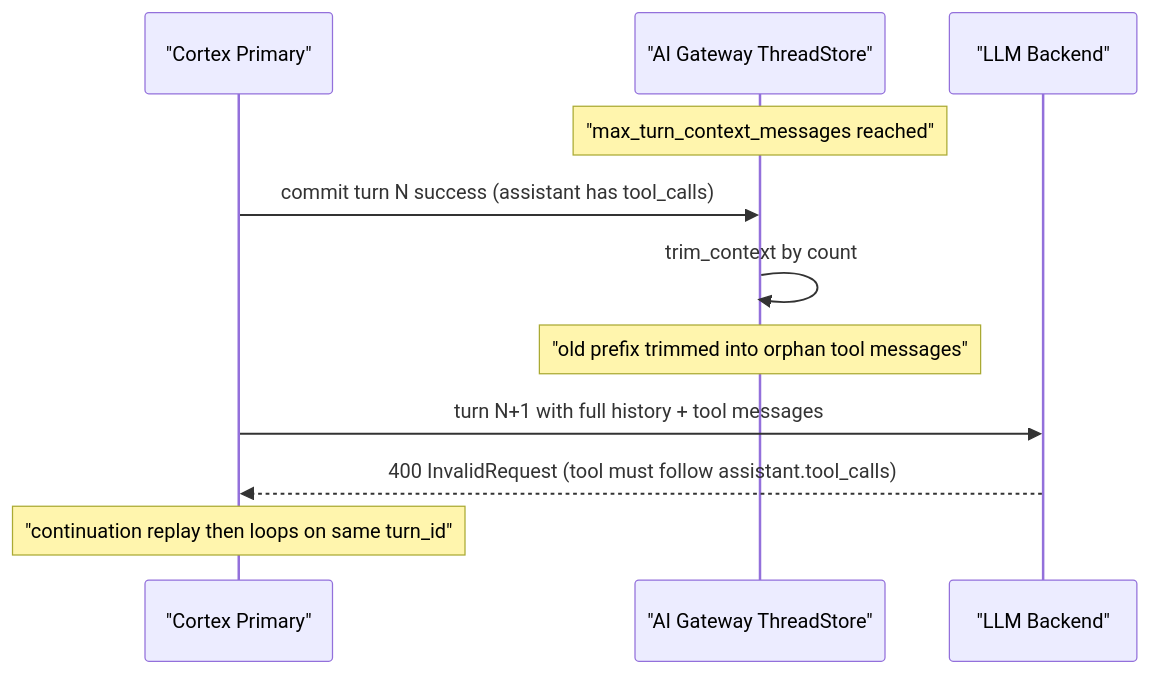
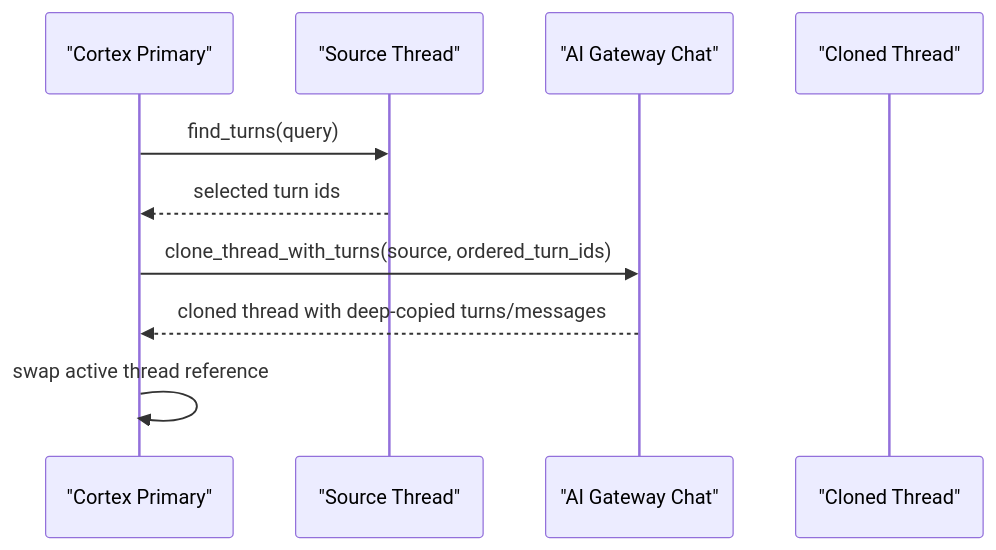
The second of 2 diagrams in docs/modules/cortex/SEQUENCE.md (xiaoland/Beluna), drawn with Mermaid before and after one commit. The commit also changed other lines of this file and 18 other files, not shown here.

````diff
--- a/docs/modules/cortex/SEQUENCE.md
+++ b/docs/modules/cortex/SEQUENCE.md
@@ -40,15 +41,13 @@
 ```mermaid
 sequenceDiagram
     participant Primary as "Cortex Primary"
-    participant Store as "AI Gateway ThreadStore"
-    participant Backend as "LLM Backend"
+    participant Thread as "Source Thread"
+    participant Chat as "AI Gateway Chat"
+    participant Clone as "Cloned Thread"
 
-    Note over Store: "max_turn_context_messages reached"
-    Primary->>Store: commit turn N success (assistant has tool_calls)
-    Store->>Store: trim_context by count
-    Note over Store: "old prefix trimmed into orphan tool messages"
-
-    Primary->>Backend: turn N+1 with full history + tool messages
-    Backend-->>Primary: 400 InvalidRequest (tool must follow assistant.tool_calls)
-    Note over Primary: "continuation replay then loops on same turn_id"
+    Primary->>Thread: find_turns(query)
+    Thread-->>Primary: selected turn ids
+    Primary->>Chat: clone_thread_with_turns(source, ordered_turn_ids)
+    Chat-->>Primary: cloned thread with deep-copied turns/messages
+    Primary->>Primary: swap active thread reference
 ```
````
